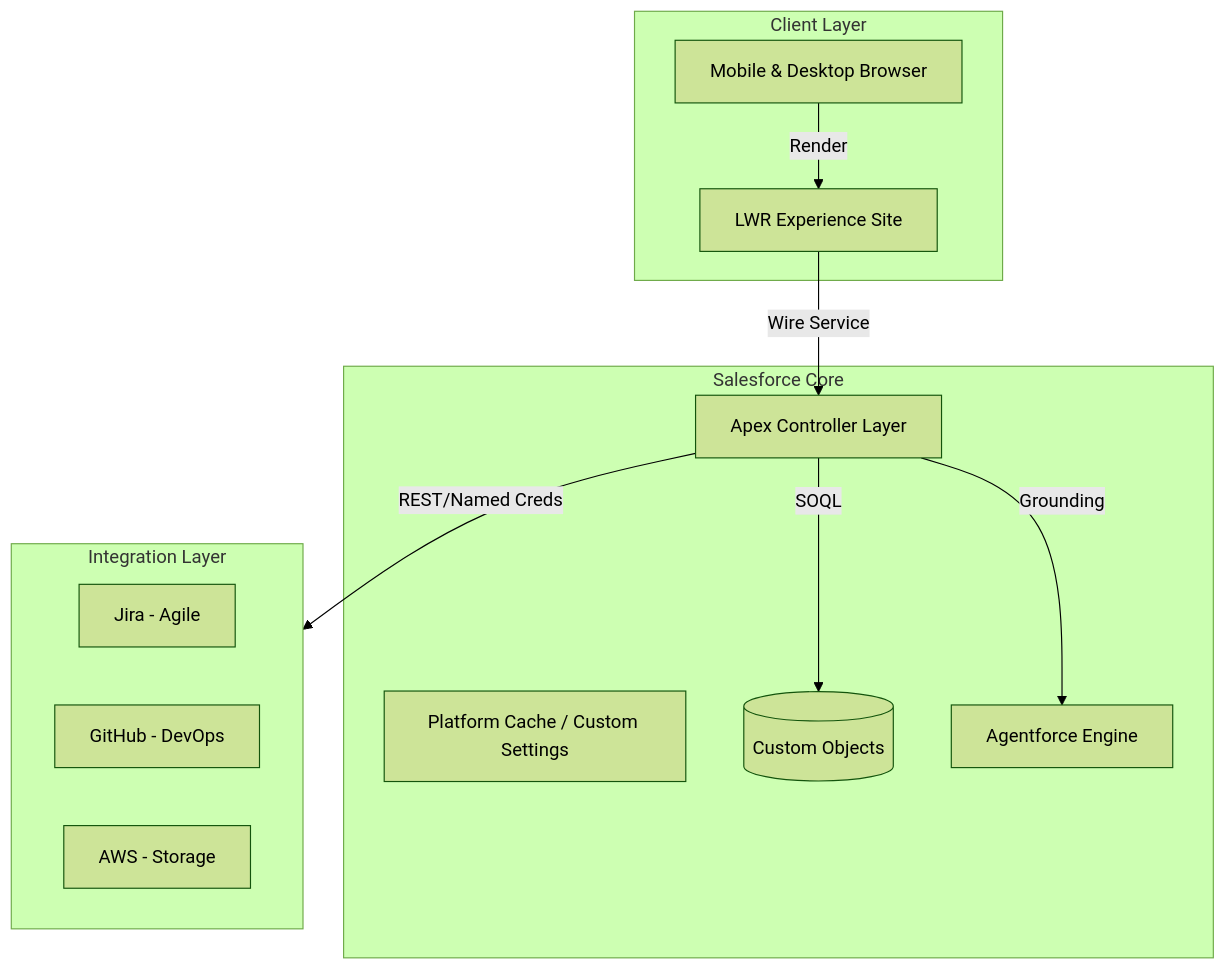
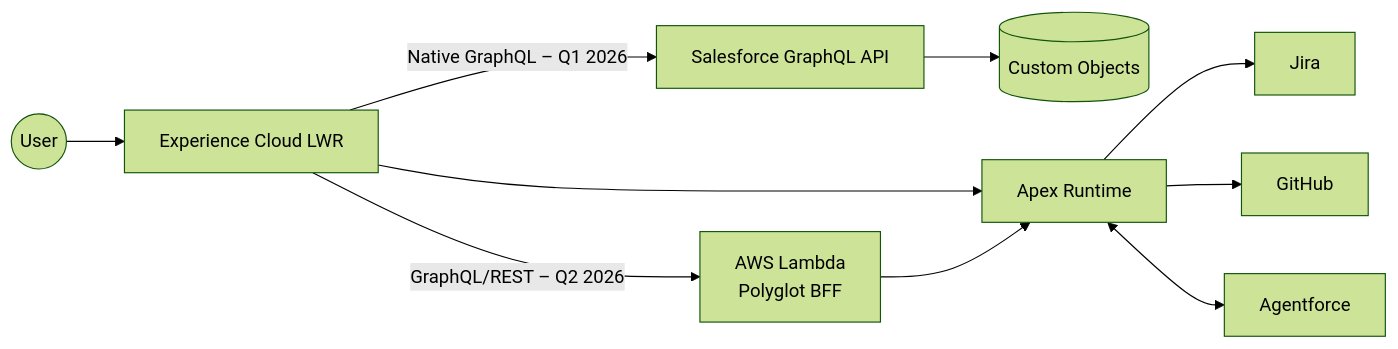
The diagram in README.md (rdbumstead/salesforce-architect-portfolio), drawn with Mermaid (forest theme) before and after one commit. The commit also changed other lines of this file, not shown here.

````diff
--- a/README.md
+++ b/README.md
@@ -15,23 +22,11 @@
 ```mermaid
-graph TD
-    subgraph Client_Layer [Client Layer]
-        Browser[Mobile & Desktop Browser]
-        LWR[LWR Experience Site]
-    end
-    subgraph Salesforce_Core [Salesforce Core]
-        Apex[Apex Controller Layer]
-        Cache[Platform Cache / Custom Settings]
-        DB[(Custom Objects)]
-        AI[Agentforce Engine]
-    end
-    subgraph External_Services [Integration Layer]
-        Jira[Jira - Agile]
-        Git[GitHub - DevOps]
-        AWS[AWS - Storage]
-    end
-    Browser -->|Render| LWR
-    LWR -->|Wire Service| Apex
-    Apex -->|SOQL| DB
-    Apex -->|Grounding| AI
-    Apex -->|REST/Named Creds| External_Services
+graph LR
+    User((User)) --> LWR[Experience Cloud LWR]
+    LWR -->|"Native GraphQL – Q1 2026"| SF_GQL[Salesforce GraphQL API]
+    SF_GQL --> DB[(Custom Objects)]
+    LWR -->|"GraphQL/REST – Q2 2026"| Lambda["AWS Lambda\nPolyglot BFF"]
+    LWR --> Apex[Apex Runtime]
+    Lambda --> Apex
+    Apex --> Jira & GitHub
+    Apex <--> AI[Agentforce]
 ```
````
